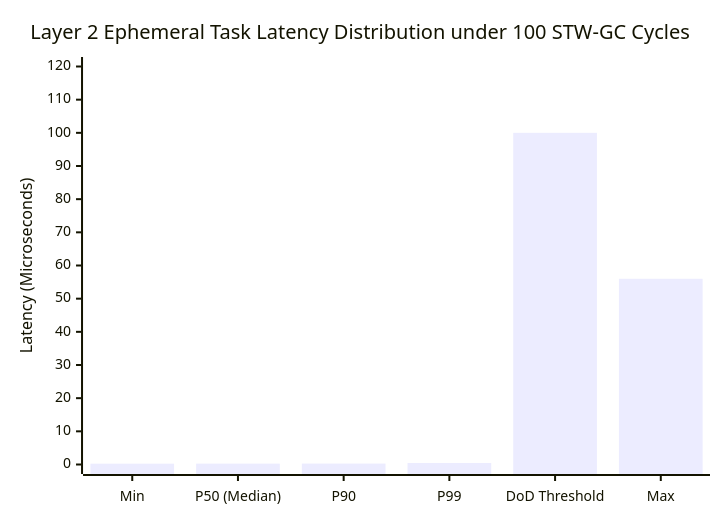
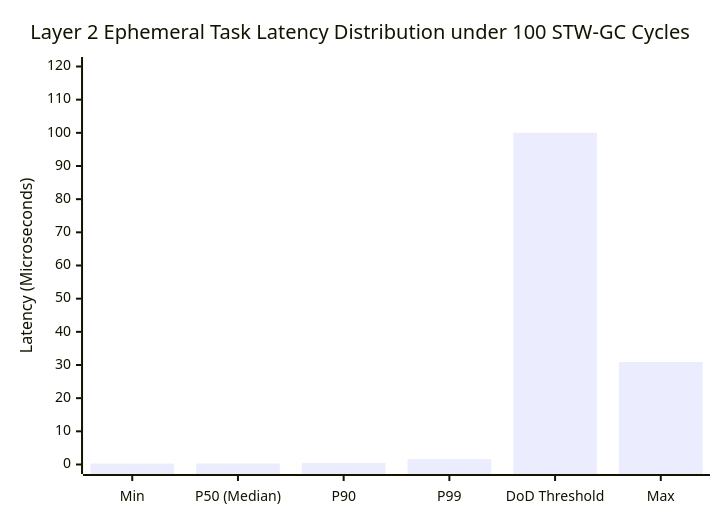
One commit to rokujyouhitoma/arxiv-security-papers changed the second of 2 diagrams in docs/benchmarks/concurrency_evaluation.md. Above: the diagram before and after it, drawn with Mermaid. The commit also changed other lines of this file and 5 other files, not shown here.

````diff
--- a/docs/benchmarks/concurrency_evaluation.md
+++ b/docs/benchmarks/concurrency_evaluation.md
@@ -105,7 +116,7 @@
 ```mermaid
 xychart-beta
     title "Layer 2 Ephemeral Task Latency Distribution under 100 STW-GC Cycles"
     x-axis ["Min", "P50 (Median)", "P90", "P99", "DoD Threshold", "Max"]
     y-axis "Latency (Microseconds)" 0 --> 120
-    bar [0.24, 0.26, 0.28, 0.45, 100.0, 56.0]
+    bar [0.28, 0.30, 0.43, 1.64, 100.0, 30.9]
 ```
````
